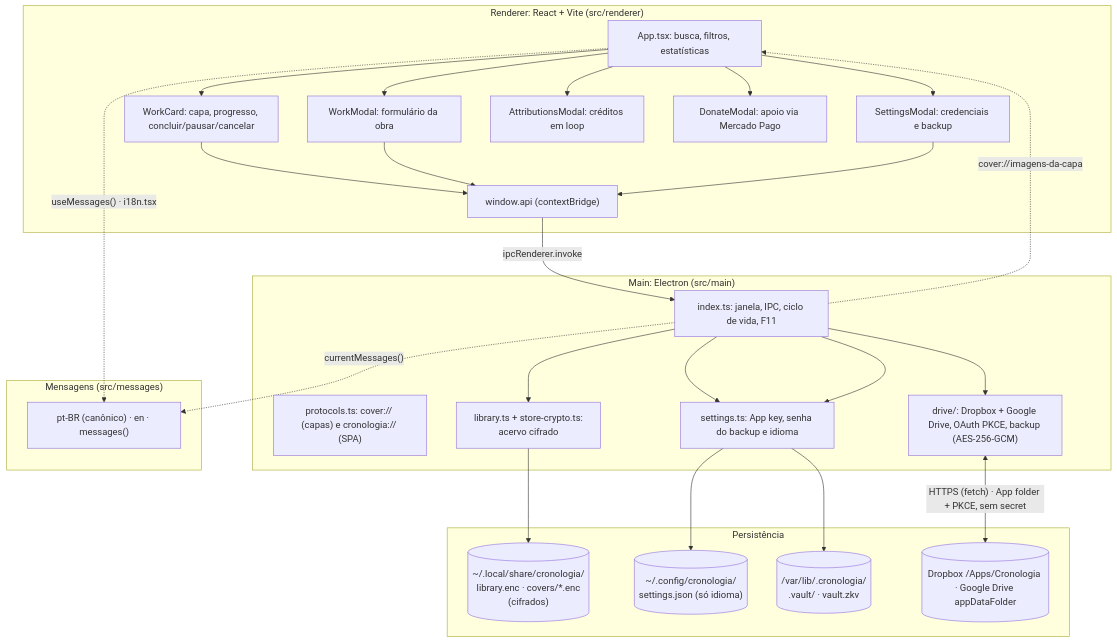
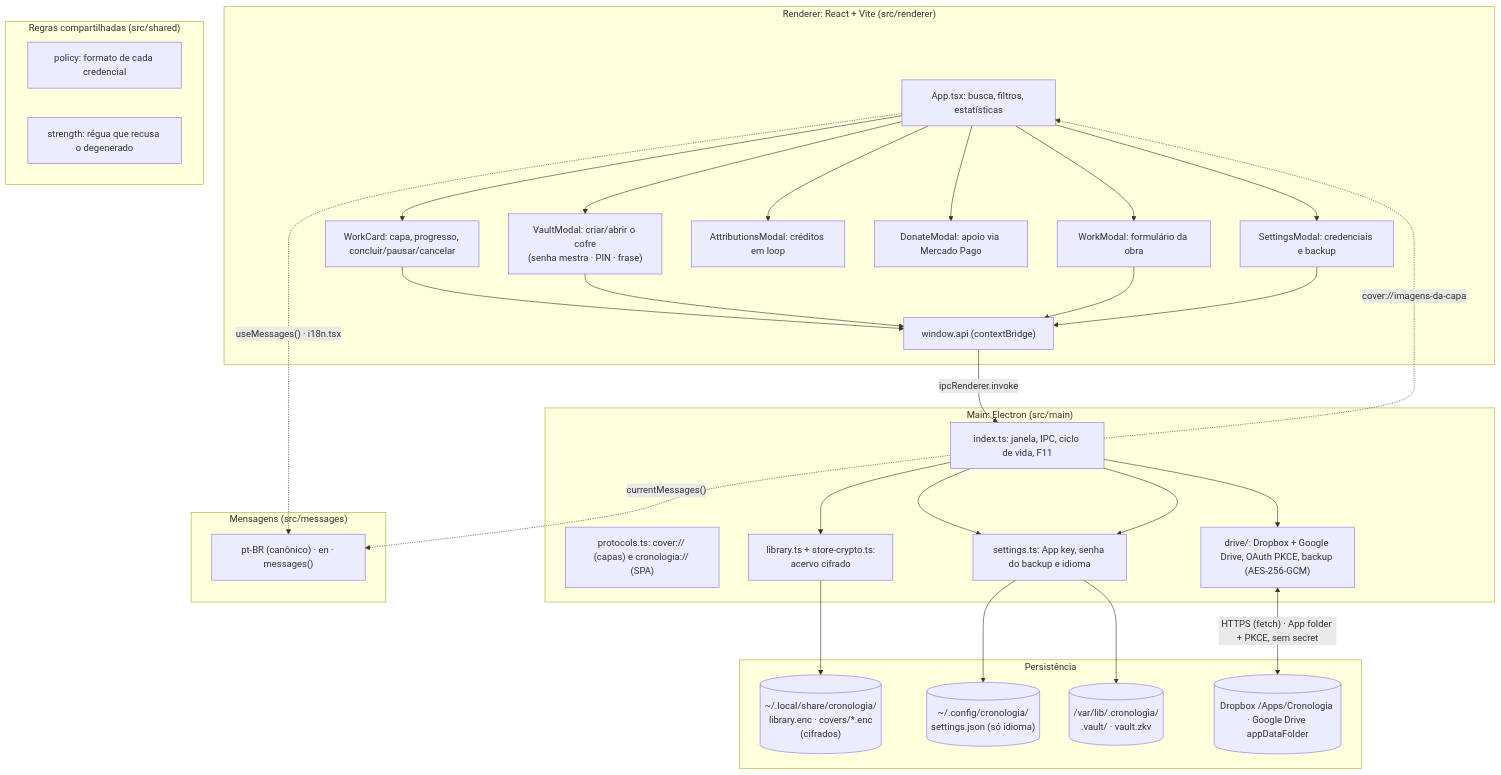
The first of 5 diagrams in README.md (user-nome/cronologia), drawn with Mermaid before and after one commit. The commit also changed other lines of this file and 95 other files, not shown here.

````diff
--- a/README.md
+++ b/README.md
@@ -280,49 +282,57 @@
 ```mermaid
 flowchart TD
     subgraph RENDERER["Renderer: React + Vite (src/renderer)"]
         UI1["App.tsx: busca, filtros, estatísticas"]
         UI2["WorkCard: capa, progresso, concluir/pausar/cancelar"]
         UI3["WorkModal: formulário da obra"]
         UI4["SettingsModal: credenciais e backup"]
         UI5["AttributionsModal: créditos em loop"]
         UI6["DonateModal: apoio via Mercado Pago"]
+        UI7["VaultModal: criar/abrir o cofre<br/>(senha mestra · PIN · frase)"]
         BRIDGE["window.api (contextBridge)"]
         UI1 --> UI2
         UI1 --> UI3
         UI1 --> UI4
         UI1 --> UI5
         UI1 --> UI6
+        UI1 --> UI7
         UI2 --> BRIDGE
+        UI7 --> BRIDGE
         UI3 --> BRIDGE
         UI4 --> BRIDGE
     end
 
     subgraph MAIN["Main: Electron (src/main)"]
         IDX["index.ts: janela, IPC, ciclo de vida, F11"]
         PRT["protocols.ts: cover:// (capas) e cronologia:// (SPA)"]
         LIB["library.ts + store-crypto.ts:<br/>acervo cifrado"]
         SET["settings.ts: App key, senha do backup e idioma"]
         DRV["drive/: Dropbox + Google Drive, OAuth PKCE, backup (AES-256-GCM)"]
+    end
+
+    subgraph SHARED["Regras compartilhadas (src/shared)"]
+        S1["policy: formato de cada credencial"]
+        S2["strength: régua que recusa o degenerado"]
     end
 
     subgraph MSG["Mensagens (src/messages)"]
         M1["pt-BR (canônico) · en · messages()"]
     end
 
     subgraph STORAGE["Persistência"]
         LOKAL[("~/.local/share/cronologia/<br/>library.enc · covers/*.enc<br/>(cifrados)")]
         CFG[("~/.config/cronologia/<br/>settings.json (só idioma)")]
         VAULT[("/var/lib/.cronologia/<br/>.vault/ · vault.zkv")]
         DRIVE[("Dropbox /Apps/Cronologia · Google Drive appDataFolder")]
     end
 
     BRIDGE -->|"ipcRenderer.invoke"| IDX
     IDX --> LIB --> LOKAL
     IDX --> SET --> CFG
     IDX --> SET --> VAULT
     IDX --> DRV
     DRV <-->|"HTTPS (fetch) · App folder + PKCE, sem secret"| DRIVE
     IDX -.->|"cover://imagens-da-capa"| UI1
     UI1 -.->|"useMessages() · i18n.tsx"| M1
     IDX -.->|"currentMessages()"| M1
 ```
````
